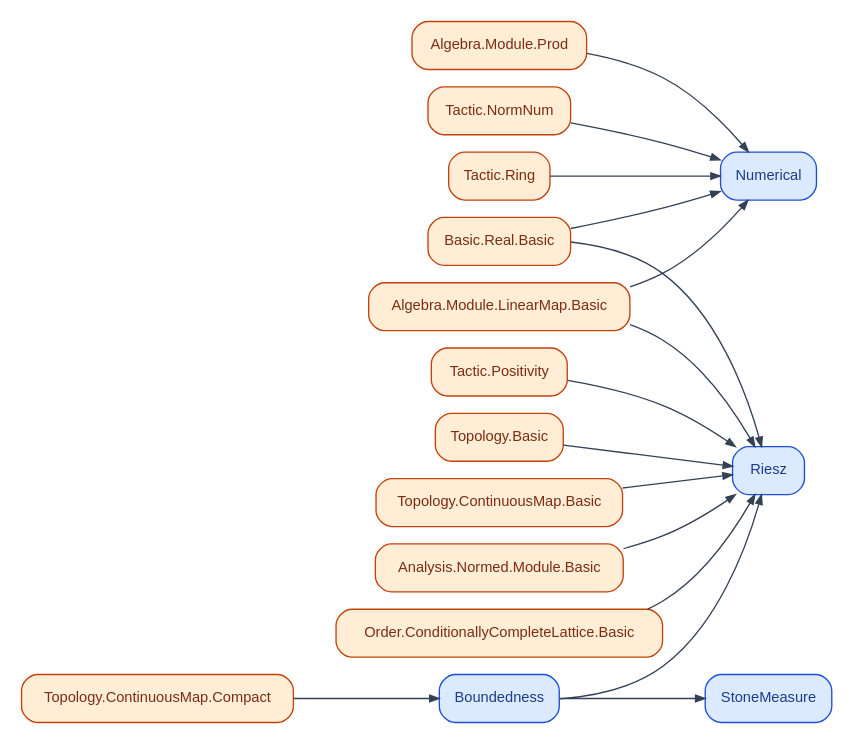
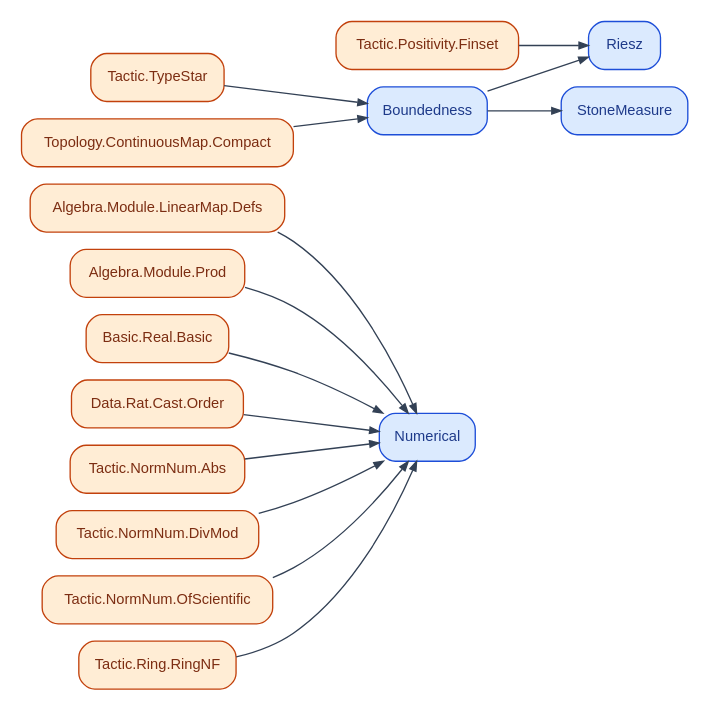
One commit to catskillsresearch/BachelorsInMeasurementTheory changed the diagram in figures/deps/Course21720.dot. Above: the diagram before and after it, drawn with Graphviz. The commit also changed 44 other files, not shown here.

Commit message:
Regenerate course Lean dependency Graphviz figures after the import shake.

```diff
--- a/figures/deps/Course21720.dot
+++ b/figures/deps/Course21720.dot
@@ -1,38 +1,36 @@
 digraph Course21720 {
   rankdir=LR;
   graph [nodesep=0.18, ranksep=0.45, pad=0.12, bgcolor="white"];
   node [shape=box, style="rounded,filled", fontname="Helvetica", fontsize=11];
   edge [color="#334155", arrowsize=0.7];
 
-  LAlgebraModuleLinearMapBasic [label="Algebra.Module.LinearMap.Basic", fillcolor="#ffedd5", color="#c2410c", fontcolor="#7c2d12"];
+  LAlgebraModuleLinearMapDefs [label="Algebra.Module.LinearMap.Defs", fillcolor="#ffedd5", color="#c2410c", fontcolor="#7c2d12"];
   LAlgebraModuleProd [label="Algebra.Module.Prod", fillcolor="#ffedd5", color="#c2410c", fontcolor="#7c2d12"];
-  LAnalysisNormedModuleBasic [label="Analysis.Normed.Module.Basic", fillcolor="#ffedd5", color="#c2410c", fontcolor="#7c2d12"];
   LBasicRealBasic [label="Basic.Real.Basic", fillcolor="#ffedd5", color="#c2410c", fontcolor="#7c2d12"];
-  LOrderConditionallyCompleteLatticeBasic [label="Order.ConditionallyCompleteLattice.Basic", fillcolor="#ffedd5", color="#c2410c", fontcolor="#7c2d12"];
-  LTacticNormNum [label="Tactic.NormNum", fillcolor="#ffedd5", color="#c2410c", fontcolor="#7c2d12"];
-  LTacticPositivity [label="Tactic.Positivity", fillcolor="#ffedd5", color="#c2410c", fontcolor="#7c2d12"];
-  LTacticRing [label="Tactic.Ring", fillcolor="#ffedd5", color="#c2410c", fontcolor="#7c2d12"];
-  LTopologyBasic [label="Topology.Basic", fillcolor="#ffedd5", color="#c2410c", fontcolor="#7c2d12"];
-  LTopologyContinuousMapBasic [label="Topology.ContinuousMap.Basic", fillcolor="#ffedd5", color="#c2410c", fontcolor="#7c2d12"];
+  LDataRatCastOrder [label="Data.Rat.Cast.Order", fillcolor="#ffedd5", color="#c2410c", fontcolor="#7c2d12"];
+  LTacticNormNumAbs [label="Tactic.NormNum.Abs", fillcolor="#ffedd5", color="#c2410c", fontcolor="#7c2d12"];
+  LTacticNormNumDivMod [label="Tactic.NormNum.DivMod", fillcolor="#ffedd5", color="#c2410c", fontcolor="#7c2d12"];
+  LTacticNormNumOfScientific [label="Tactic.NormNum.OfScientific", fillcolor="#ffedd5", color="#c2410c", fontcolor="#7c2d12"];
+  LTacticPositivityFinset [label="Tactic.Positivity.Finset", fillcolor="#ffedd5", color="#c2410c", fontcolor="#7c2d12"];
+  LTacticRingRingNF [label="Tactic.Ring.RingNF", fillcolor="#ffedd5", color="#c2410c", fontcolor="#7c2d12"];
+  LTacticTypeStar [label="Tactic.TypeStar", fillcolor="#ffedd5", color="#c2410c", fontcolor="#7c2d12"];
   LTopologyContinuousMapCompact [label="Topology.ContinuousMap.Compact", fillcolor="#ffedd5", color="#c2410c", fontcolor="#7c2d12"];
   MBoundedness [label="Boundedness", fillcolor="#dbeafe", color="#1d4ed8", fontcolor="#1e3a8a"];
   MNumerical [label="Numerical", fillcolor="#dbeafe", color="#1d4ed8", fontcolor="#1e3a8a"];
   MRiesz [label="Riesz", fillcolor="#dbeafe", color="#1d4ed8", fontcolor="#1e3a8a"];
   MStoneMeasure [label="StoneMeasure", fillcolor="#dbeafe", color="#1d4ed8", fontcolor="#1e3a8a"];
 
+  LTacticTypeStar -> MBoundedness;
   LTopologyContinuousMapCompact -> MBoundedness;
+  LTacticNormNumAbs -> MNumerical;
+  LTacticNormNumOfScientific -> MNumerical;
+  LAlgebraModuleLinearMapDefs -> MNumerical;
+  LTacticRingRingNF -> MNumerical;
   LBasicRealBasic -> MNumerical;
-  LTacticNormNum -> MNumerical;
   LAlgebraModuleProd -> MNumerical;
-  LTacticRing -> MNumerical;
-  LAlgebraModuleLinearMapBasic -> MNumerical;
-  LTopologyContinuousMapBasic -> MRiesz;
-  LBasicRealBasic -> MRiesz;
-  LAnalysisNormedModuleBasic -> MRiesz;
-  LOrderConditionallyCompleteLatticeBasic -> MRiesz;
-  LTacticPositivity -> MRiesz;
-  LTopologyBasic -> MRiesz;
-  LAlgebraModuleLinearMapBasic -> MRiesz;
+  LTacticNormNumDivMod -> MNumerical;
+  LDataRatCastOrder -> MNumerical;
+  LTacticPositivityFinset -> MRiesz;
   MBoundedness -> MRiesz;
   MBoundedness -> MStoneMeasure;
 }
```
